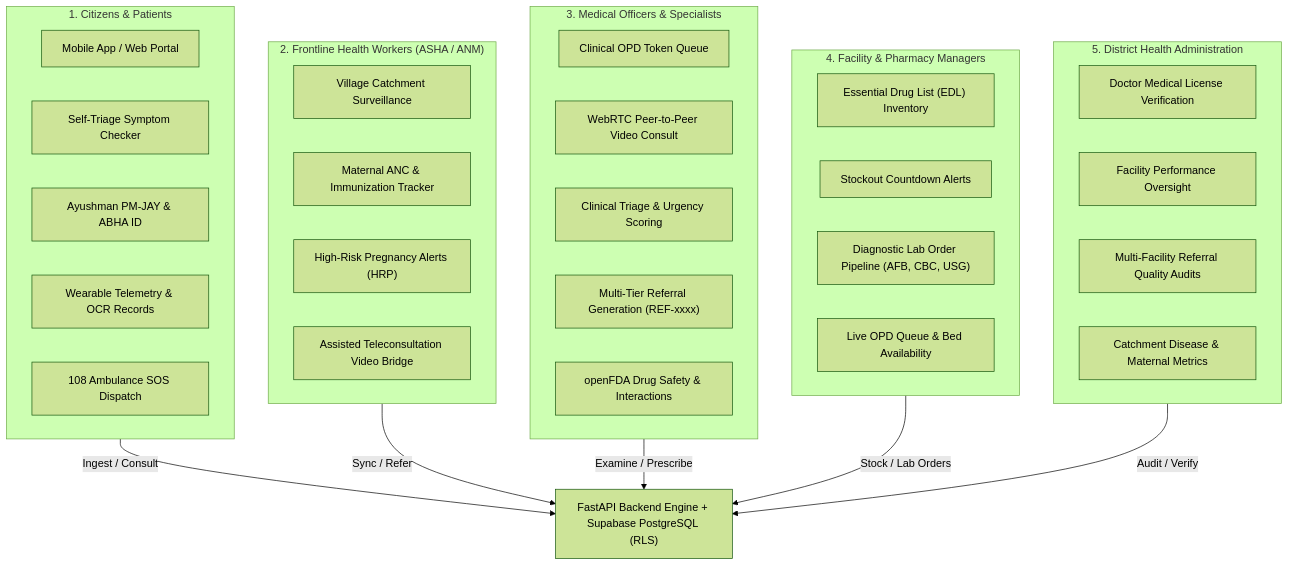
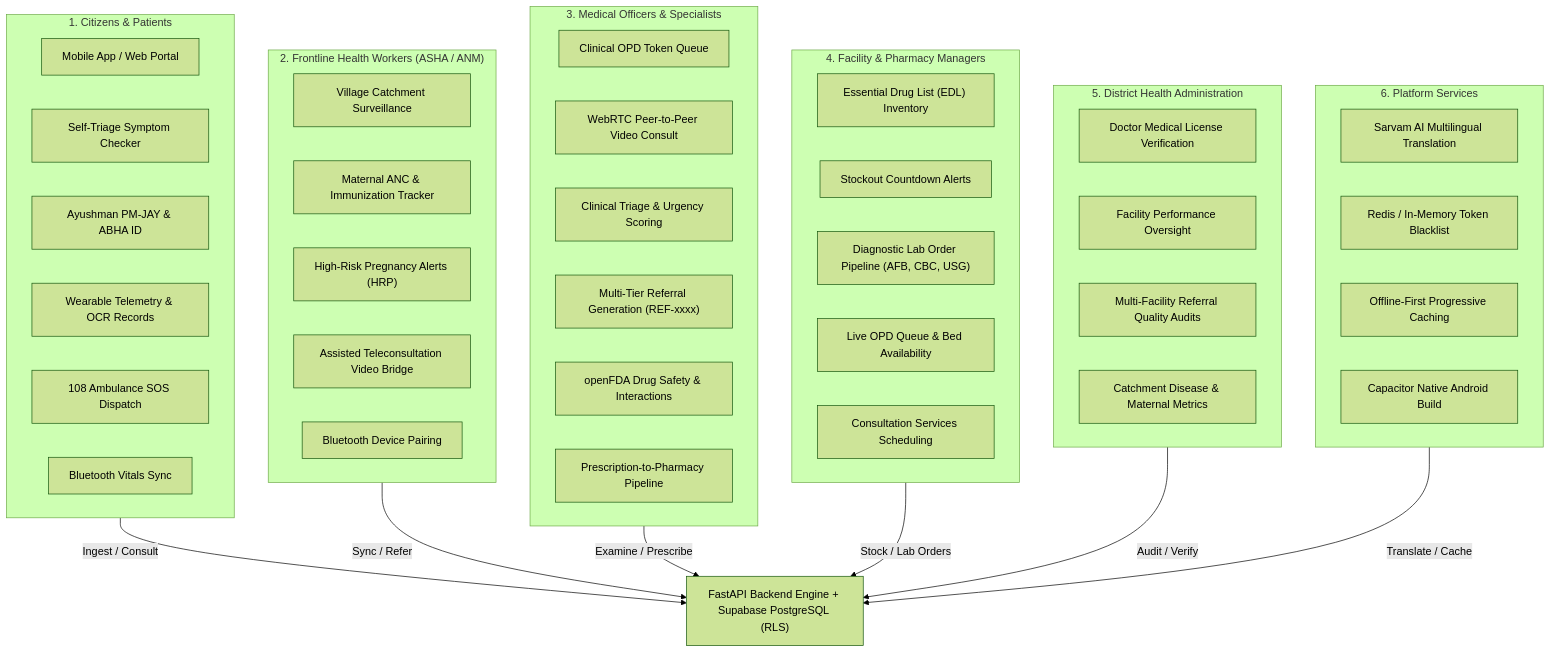
The diagram in README.md (SAKTHIMARAN-VENOM/CuraTrack-V2), drawn with Mermaid (forest theme) before and after one commit. The commit also changed other lines of this file, not shown here.

Commit message:
docs: comprehensive README update for CuraTrack V2 latest version — Sarvam AI multilingual translation, Capacitor Android, Web Bluetooth, offline caching, 146 automated tests, expanded architecture

````diff
--- a/README.md
+++ b/README.md
@@ -16,45 +18,57 @@
 ```mermaid
 graph TD
     subgraph Citizens["1. Citizens & Patients"]
         P1["Mobile App / Web Portal"]
         P2["Self-Triage Symptom Checker"]
         P3["Ayushman PM-JAY & ABHA ID"]
         P4["Wearable Telemetry & OCR Records"]
         P5["108 Ambulance SOS Dispatch"]
+        P6["Bluetooth Vitals Sync"]
     end
 
     subgraph Frontline["2. Frontline Health Workers (ASHA / ANM)"]
         F1["Village Catchment Surveillance"]
         F2["Maternal ANC & Immunization Tracker"]
         F3["High-Risk Pregnancy Alerts (HRP)"]
         F4["Assisted Teleconsultation Video Bridge"]
+        F5["Bluetooth Device Pairing"]
     end
 
     subgraph Clinical["3. Medical Officers & Specialists"]
         D1["Clinical OPD Token Queue"]
         D2["WebRTC Peer-to-Peer Video Consult"]
         D3["Clinical Triage & Urgency Scoring"]
         D4["Multi-Tier Referral Generation (REF-xxxx)"]
         D5["openFDA Drug Safety & Interactions"]
+        D6["Prescription-to-Pharmacy Pipeline"]
     end
 
     subgraph Operations["4. Facility & Pharmacy Managers"]
         H1["Essential Drug List (EDL) Inventory"]
         H2["Stockout Countdown Alerts"]
         H3["Diagnostic Lab Order Pipeline (AFB, CBC, USG)"]
         H4["Live OPD Queue & Bed Availability"]
+        H5["Consultation Services Scheduling"]
     end
 
     subgraph Governance["5. District Health Administration"]
         A1["Doctor Medical License Verification"]
         A2["Facility Performance Oversight"]
         A3["Multi-Facility Referral Quality Audits"]
         A4["Catchment Disease & Maternal Metrics"]
     end
 
+    subgraph Platform["6. Platform Services"]
+        T1["Sarvam AI Multilingual Translation"]
+        T2["Redis / In-Memory Token Blacklist"]
+        T3["Offline-First Progressive Caching"]
+        T4["Capacitor Native Android Build"]
+    end
+
     Citizens -->|Ingest / Consult| CoreBackend["FastAPI Backend Engine + Supabase PostgreSQL (RLS)"]
     Frontline -->|Sync / Refer| CoreBackend
     Clinical -->|Examine / Prescribe| CoreBackend
     Operations -->|Stock / Lab Orders| CoreBackend
     Governance -->|Audit / Verify| CoreBackend
+    Platform -->|Translate / Cache| CoreBackend
 ```
````
